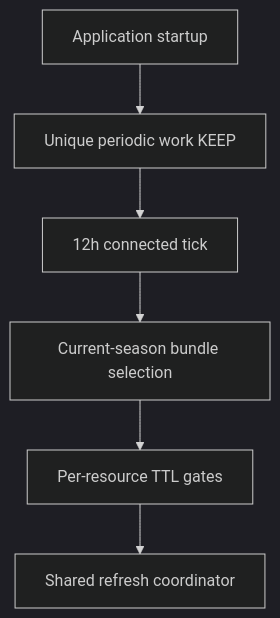
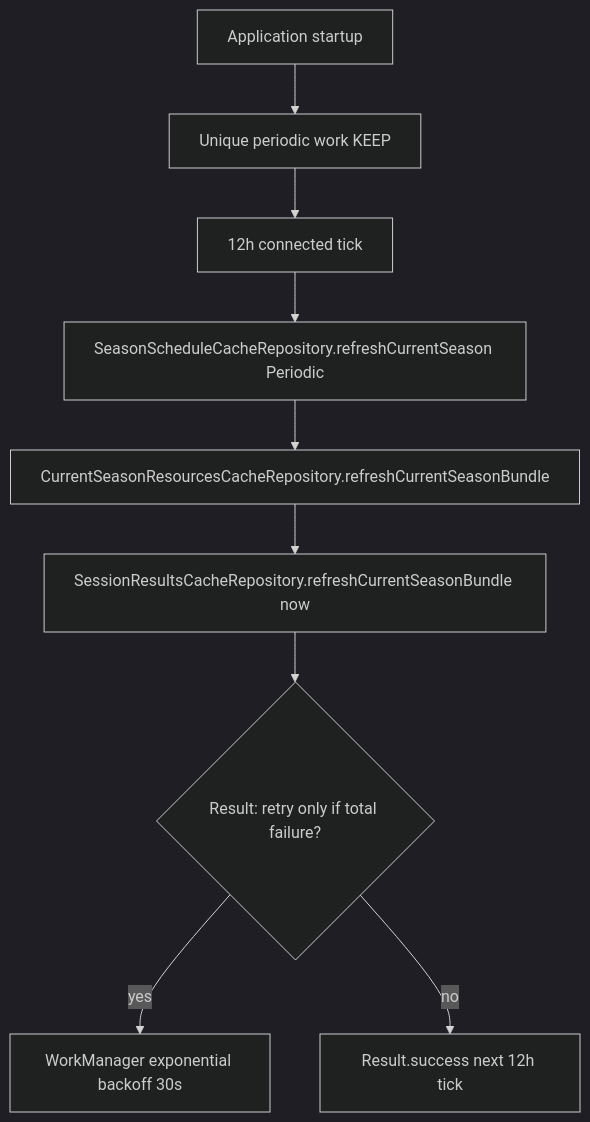
The diagram in lode/plans/offline-data-cache/tickets/08-wire-fixed-periodic-cache-sync.md (anpurnama11/my-f1-companion-app), drawn with Mermaid (dark theme) before and after one commit. The commit also changed other lines of this file and 2 other files, not shown here.

First line of the commit message:
docs(offline-cache): snapshot ticket 08 build state

````diff
--- a/lode/plans/offline-data-cache/tickets/08-wire-fixed-periodic-cache-sync.md
+++ b/lode/plans/offline-data-cache/tickets/08-wire-fixed-periodic-cache-sync.md
@@ -27,8 +27,11 @@
 ```mermaid
 flowchart TD
     Startup[Application startup] --> Register[Unique periodic work KEEP]
     Register --> Tick[12h connected tick]
-    Tick --> Bundle[Current-season bundle selection]
-    Bundle --> TTL[Per-resource TTL gates]
-    TTL --> Repo[Shared refresh coordinator]
+    Tick --> Schedule[SeasonScheduleCacheRepository.refreshCurrentSeason Periodic]
+    Schedule --> Resources[CurrentSeasonResourcesCacheRepository.refreshCurrentSeasonBundle]
+    Resources --> Sessions[SessionResultsCacheRepository.refreshCurrentSeasonBundle now]
+    Sessions --> Retry{Result: retry only if total failure?}
+    Retry -->|yes| Backoff[WorkManager exponential backoff 30s]
+    Retry -->|no| Success[Result.success next 12h tick]
 ```
````
